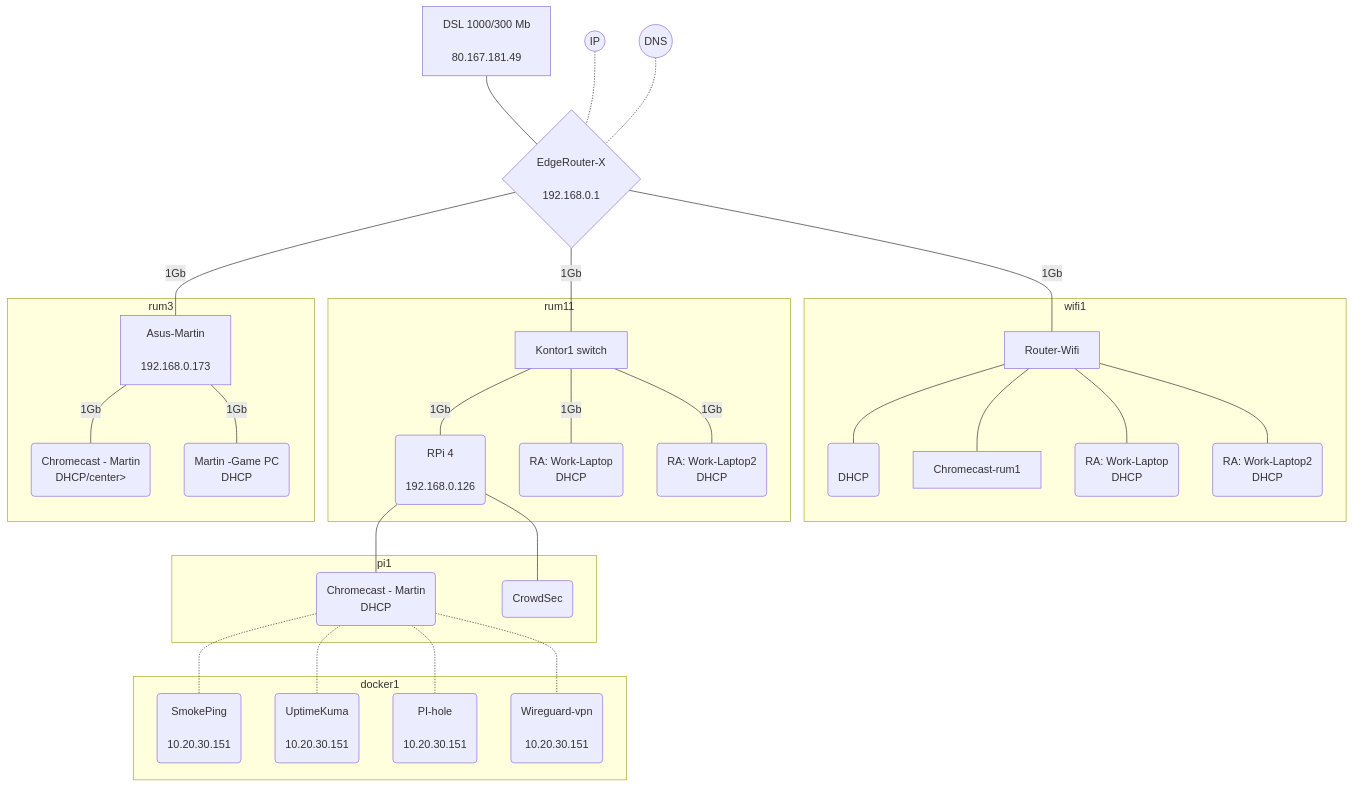
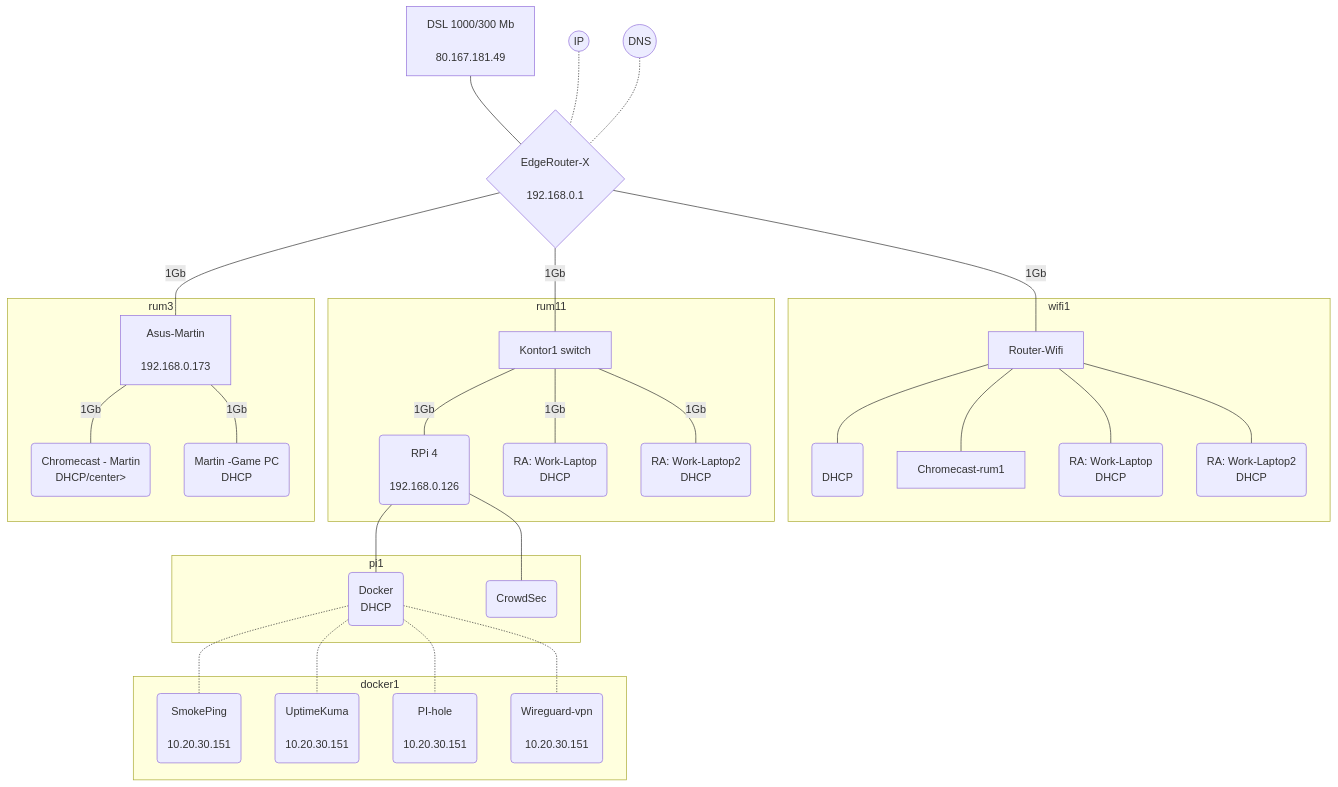
Before and after one commit to alf149/ansible: the diagram in Docs/Index.md, drawn with Mermaid.

````diff
--- a/Docs/Index.md
+++ b/Docs/Index.md
@@ -3,42 +3,42 @@
 ```mermaid
 graph TB
  linkStyle default interpolate basis
  wan1[<center>DSL 1000/300 Mb<br><br>80.167.181.49</center>]---router{<center>EdgeRouter-X<br><br>192.168.0.1</center>}
  ip((<center><br>IP<br><br></center>))-.-router
  dns((<center><br>DNS<br><br></center>))-.-router
  router---|1Gb|switch1[<center>Kontor1 switch</center>]
  router---|1Gb|switch2[<center>Asus-Martin<br><br>192.168.0.173</center>]
  router---|1Gb|acwifi1[<center>Router-Wifi</center>]
 
  subgraph wifi1
  acwifi1---Chromecast-rum0(<center><br>DHCP</center>)
  acwifi1---Chromecast-rum1
  acwifi1---ra-work(<center>RA: Work-Laptop<br>DHCP</center>)
  acwifi1---ra-work-lab(<center>RA: Work-Laptop2<br>DHCP</center>)
  end
 
 
  subgraph rum11
  switch1---|1Gb|pi(<center>RPi 4<br><br>192.168.0.126</center>)
  switch1---|1Gb|work(<center>RA: Work-Laptop<br>DHCP</center>)
  switch1---|1Gb|work-lab(<center>RA: Work-Laptop2<br>DHCP</center>)
  end
  
  subgraph rum3
  switch2---|1Gb|chromecast(<center>Chromecast - Martin<br>DHCP/center>)
  switch2---|1Gb|game-pc(<center>Martin -Game PC<br>DHCP</center>)
  end
 
  subgraph pi1
- pi---docker(<center>Chromecast - Martin<br>DHCP</center>)
+ pi---docker(<center>Docker<br>DHCP</center>)
  pi---crowdsec(<center>CrowdSec</center>)
  end
 
 subgraph docker1
  docker-.-smokeping(<center>SmokePing<br><br>10.20.30.151</center>)
  docker-.-uptimeKuma(<center>UptimeKuma<br><br>10.20.30.151</center>)
  docker-.-pihole(<center>PI-hole<br><br>10.20.30.151</center>)
  docker-.-wireguardvpn(<center>Wireguard-vpn<br><br>10.20.30.151</center>)
  
  end
  ```
````
